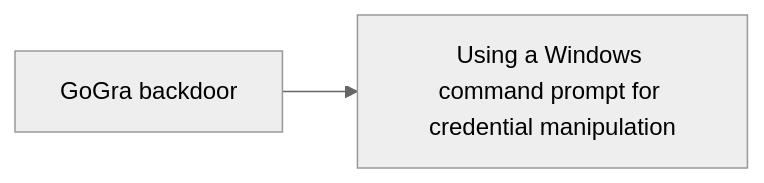
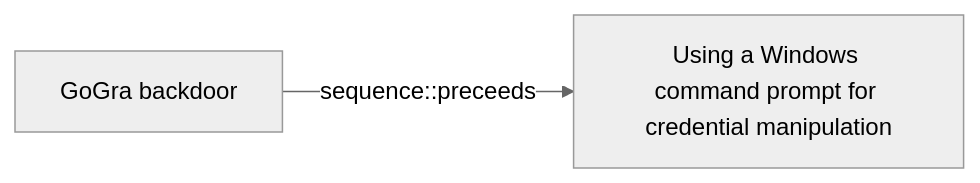
One commit to opentidehq/library changed the diagram in docs/threats/gogra-backdoor.md. Above: the diagram before and after it, drawn with Mermaid (neutral theme). The commit also changed other lines of this file and 277 other files, not shown here.

````diff
--- a/docs/threats/gogra-backdoor.md
+++ b/docs/threats/gogra-backdoor.md
@@ -41,6 +75,6 @@
 ```mermaid
 flowchart LR
 f2c59a8e_3b1f_4a99_80f0_3675b8c1f184["GoGra backdoor"]
 06523ed4_7881_4466_9ac5_f8417e972d13["Using a Windows command prompt for credential manipulation"]
-f2c59a8e_3b1f_4a99_80f0_3675b8c1f184 --> 06523ed4_7881_4466_9ac5_f8417e972d13
+f2c59a8e_3b1f_4a99_80f0_3675b8c1f184 -->|sequence::preceeds| 06523ed4_7881_4466_9ac5_f8417e972d13
 ```
````
